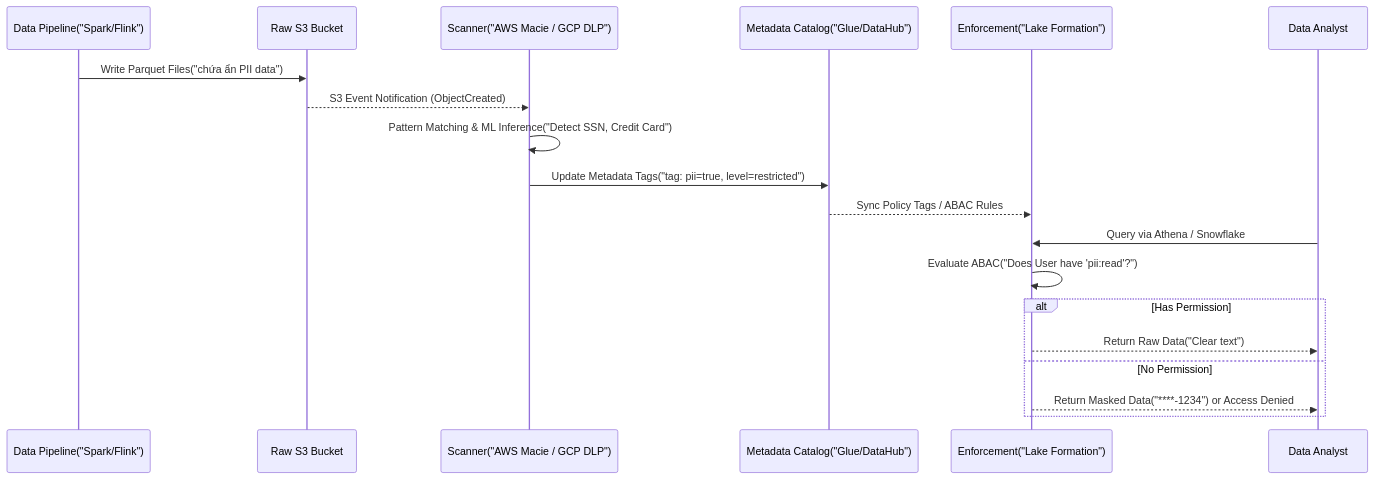
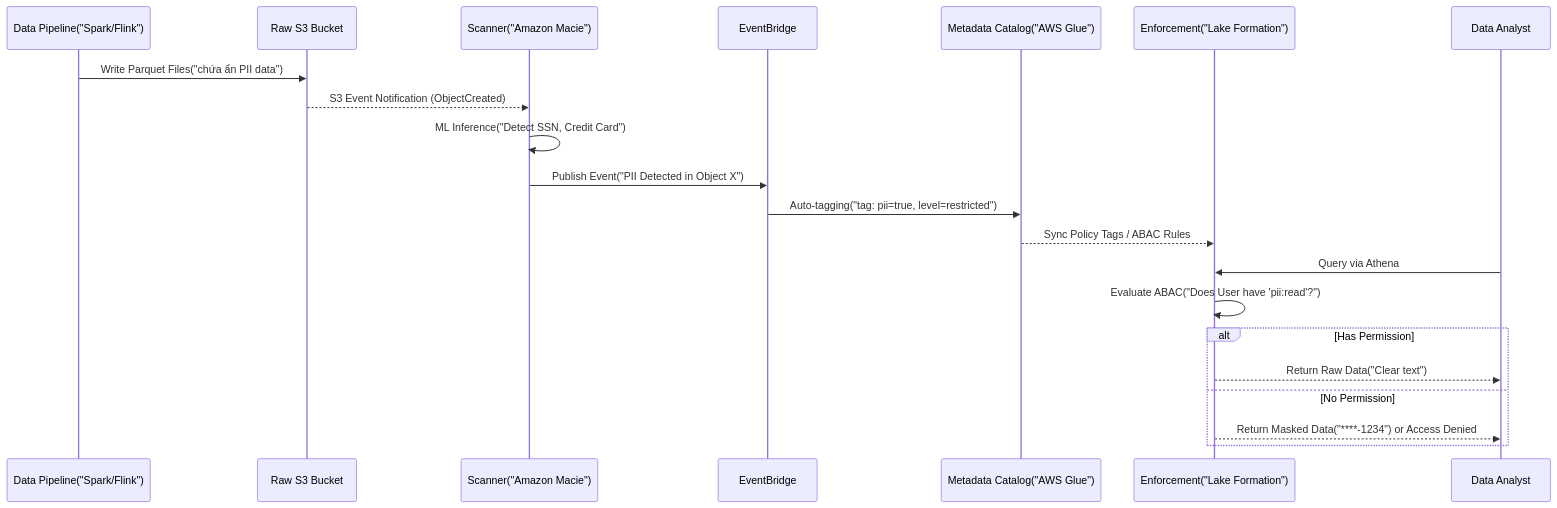
Before and after one commit to kythuatdulieu/kythuatdulieu.github.io: the diagram in src/content/docs/concepts/8-security-governance-finops/data-classification.md, drawn with Mermaid. The commit also changed other lines of this file and 228 other files, not shown here.

Commit message:
Fix syntax and rewrite 200+ concepts docs to deep-dive system architecture and add GA4 tracking to quiz app

````diff
--- a/src/content/docs/concepts/8-security-governance-finops/data-classification.md
+++ b/src/content/docs/concepts/8-security-governance-finops/data-classification.md
@@ -27,22 +30,24 @@
 ```mermaid
 sequenceDiagram
     participant P as Data Pipeline("Spark/Flink")
     participant S3 as Raw S3 Bucket
-    participant M as Scanner("AWS Macie / GCP DLP")
-    participant C as Metadata Catalog("Glue/DataHub")
+    participant M as Scanner("Amazon Macie")
+    participant EB as EventBridge
+    participant C as Metadata Catalog("AWS Glue")
     participant L as Enforcement("Lake Formation")
     participant U as Data Analyst
     
     P->>S3: Write Parquet Files("chứa ẩn PII data")
     S3-->>M: S3 Event Notification (ObjectCreated)
-    M->>M: Pattern Matching & ML Inference("Detect SSN, Credit Card")
-    M->>C: Update Metadata Tags("tag: pii=true, level=restricted")
+    M->>M: ML Inference("Detect SSN, Credit Card")
+    M->>EB: Publish Event("PII Detected in Object X")
+    EB->>C: Auto-tagging("tag: pii=true, level=restricted")
     C-->>L: Sync Policy Tags / ABAC Rules
-    U->>L: Query via Athena / Snowflake
+    U->>L: Query via Athena
     L->>L: Evaluate ABAC("Does User have 'pii:read'?")
     alt Has Permission
         L-->>U: Return Raw Data("Clear text")
     else No Permission
         L-->>U: Return Masked Data("****-1234") or Access Denied
     end
 ```
````
